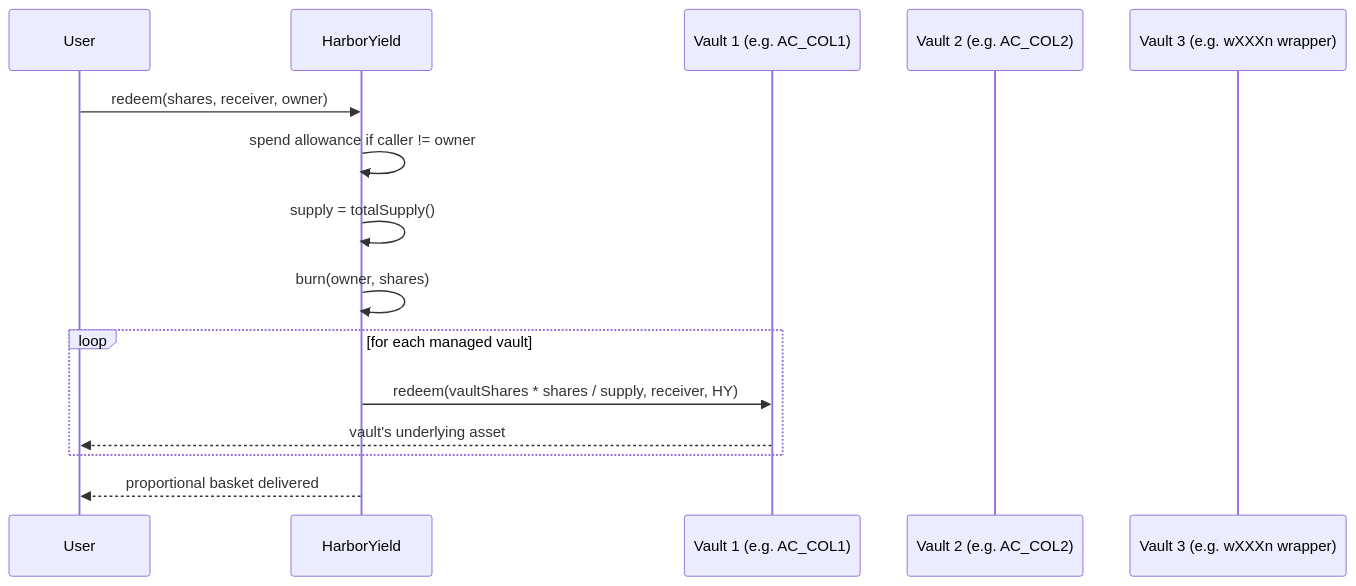
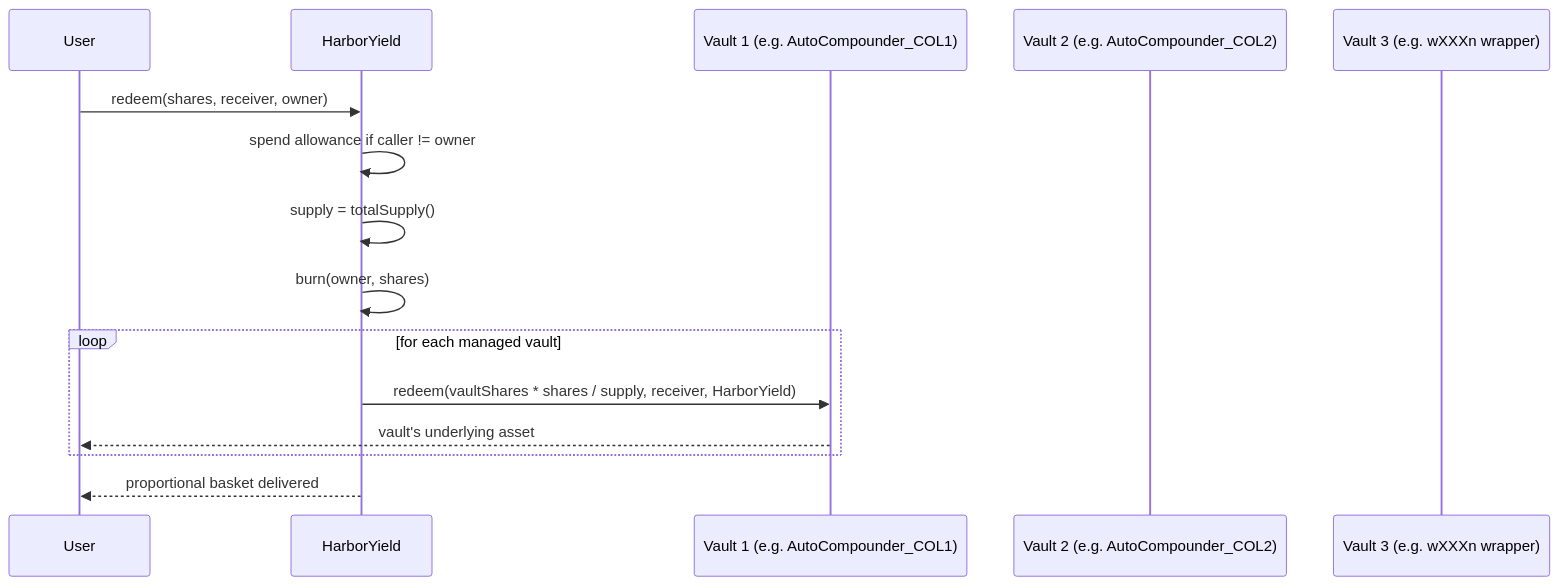
Before and after one commit to baofinance/harbor: the seventh of 9 diagrams in doc/autocompounding-vault-design.md, drawn with Mermaid. The commit also changed other lines of this file and 6 other files, not shown here.

````diff
--- a/doc/autocompounding-vault-design.md
+++ b/doc/autocompounding-vault-design.md
@@ -254,19 +254,19 @@
 ```mermaid
 sequenceDiagram
     participant User
-    participant HY as HarborYield
-    participant V1 as Vault 1 (e.g. AC_COL1)
-    participant V2 as Vault 2 (e.g. AC_COL2)
+    participant HarborYield as HarborYield
+    participant V1 as Vault 1 (e.g. AutoCompounder_COL1)
+    participant V2 as Vault 2 (e.g. AutoCompounder_COL2)
     participant V3 as Vault 3 (e.g. wXXXn wrapper)
 
-    User->>HY: redeem(shares, receiver, owner)
-    HY->>HY: spend allowance if caller != owner
-    HY->>HY: supply = totalSupply()
-    HY->>HY: burn(owner, shares)
+    User->>HarborYield: redeem(shares, receiver, owner)
+    HarborYield->>HarborYield: spend allowance if caller != owner
+    HarborYield->>HarborYield: supply = totalSupply()
+    HarborYield->>HarborYield: burn(owner, shares)
 
     loop for each managed vault
-        HY->>V1: redeem(vaultShares * shares / supply, receiver, HY)
+        HarborYield->>V1: redeem(vaultShares * shares / supply, receiver, HarborYield)
         V1-->>User: vault's underlying asset
     end
-    HY-->>User: proportional basket delivered
+    HarborYield-->>User: proportional basket delivered
 ```
````
